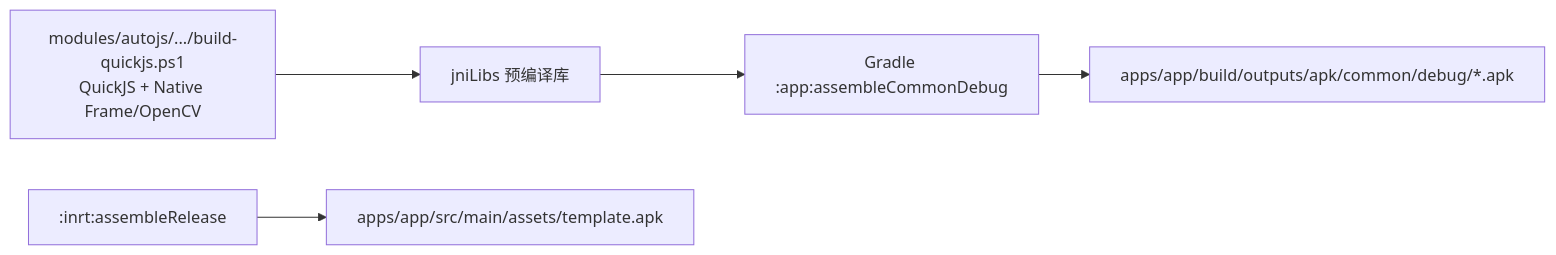
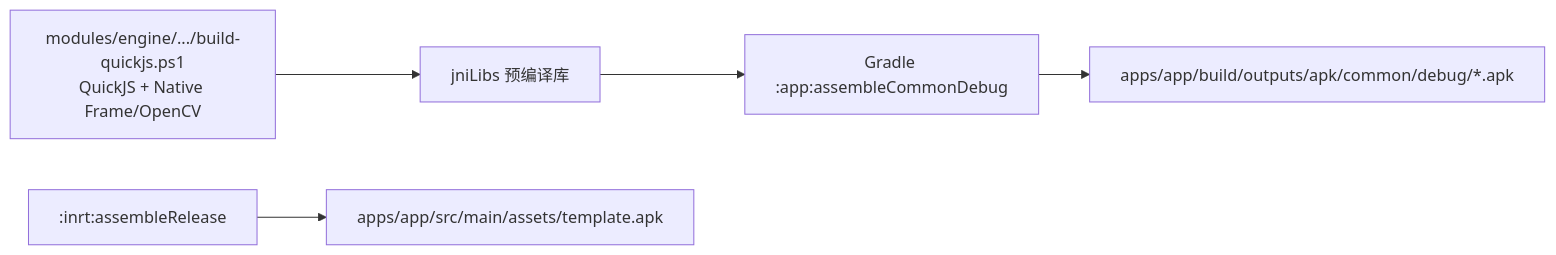
The diagram in docs/guides/编译指南.md (Jdkshen/ai.js-pro), drawn with Mermaid before and after one commit. The commit also changed other lines of this file and 1615 other files, not shown here.

````diff
--- a/docs/guides/编译指南.md
+++ b/docs/guides/编译指南.md
@@ -9,7 +9,7 @@
 ```mermaid
 flowchart LR
-    B["modules/autojs/.../build-quickjs.ps1<br/>QuickJS + Native Frame/OpenCV"] --> C[jniLibs 预编译库]
+    B["modules/engine/.../build-quickjs.ps1<br/>QuickJS + Native Frame/OpenCV"] --> C[jniLibs 预编译库]
     C --> D["Gradle :app:assembleCommonDebug"]
     D --> E["apps/app/build/outputs/apk/common/debug/*.apk"]
     F[":inrt:assembleRelease"] --> G["apps/app/src/main/assets/template.apk"]
 ```
````
